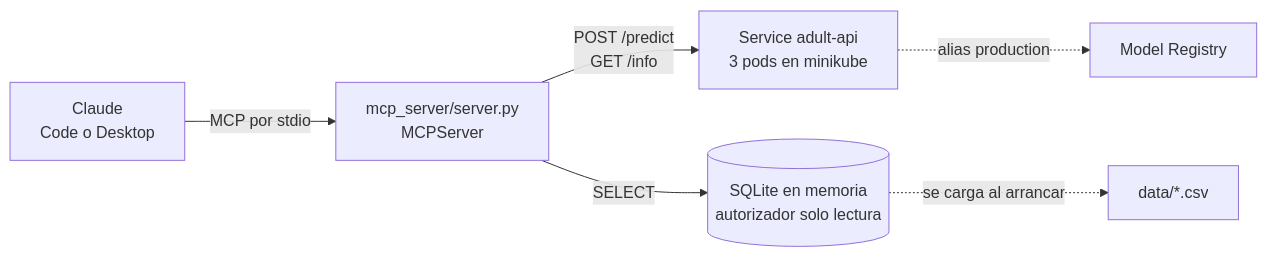
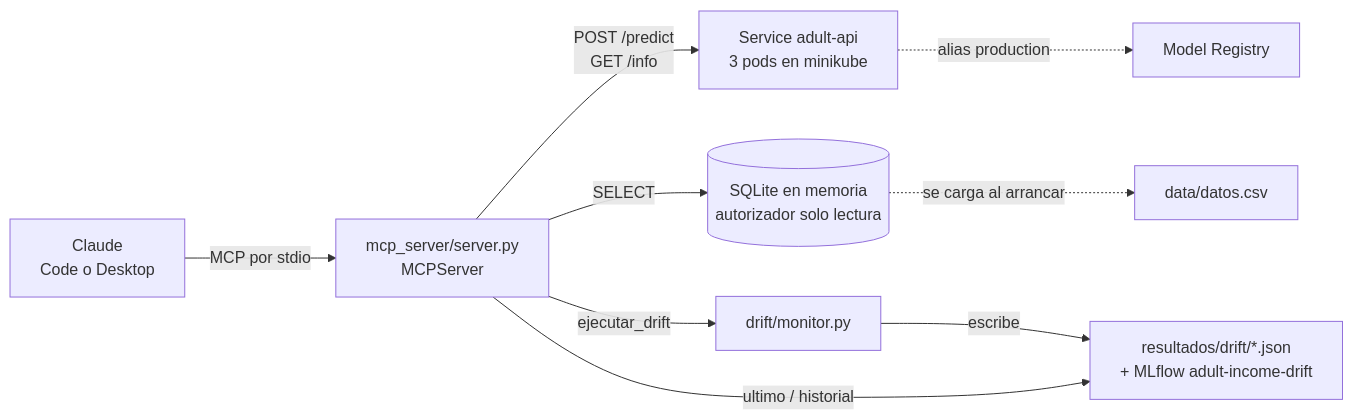
The diagram in docs/mcp.md (AcademicHumber/proyecto-final-mlops), drawn with Mermaid before and after one commit. The commit also changed other lines of this file and 12 other files, not shown here.

Commit message:
Fase 5: documentacion del dump temporal, el monitor y las herramientas MCP de drift

````diff
--- a/docs/mcp.md
+++ b/docs/mcp.md
@@ -5,8 +5,11 @@
 ```mermaid
 flowchart LR
     C["Claude<br/>Code o Desktop"] -->|"MCP por stdio"| S["mcp_server/server.py<br/>MCPServer"]
     S -->|"POST /predict<br/>GET /info"| K["Service adult-api<br/>3 pods en minikube"]
     S -->|"SELECT"| D[("SQLite en memoria<br/>autorizador solo lectura")]
-    D -.->|"se carga al arrancar"| F["data/*.csv"]
+    D -.->|"se carga al arrancar"| F["data/datos.csv"]
+    S -->|"ejecutar_drift"| M["drift/monitor.py"]
+    M -->|"escribe"| J["resultados/drift/*.json<br/>+ MLflow adult-income-drift"]
+    S -->|"ultimo / historial"| J
     K -.->|"alias production"| R[Model Registry]
 ```
````
